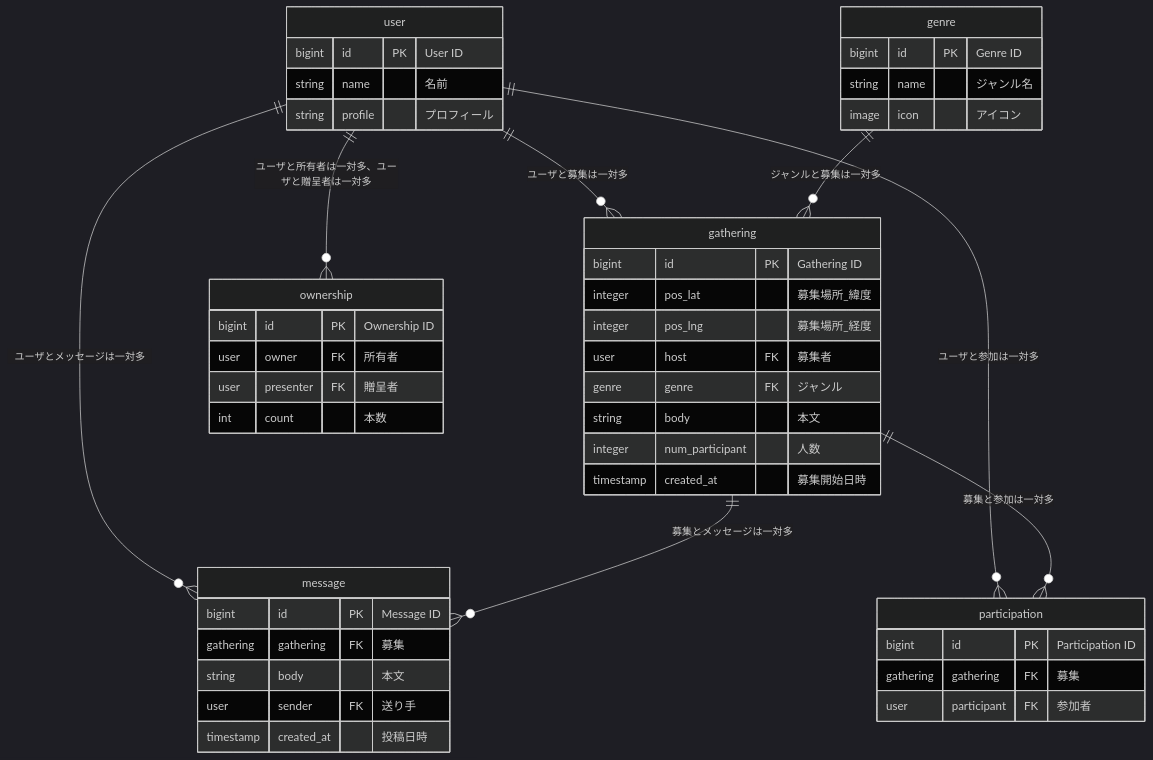
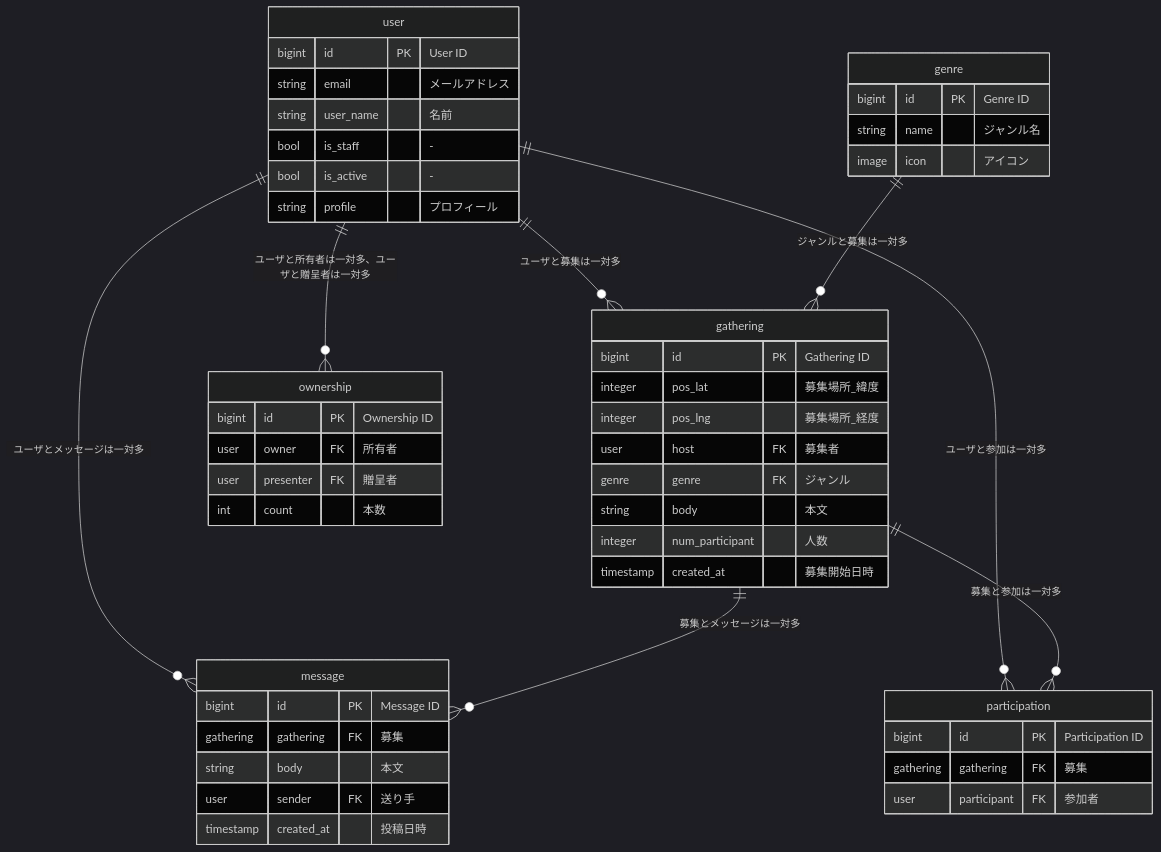
One commit to team-yurubo/yuruboo changed the diagram in README.md. Above: the diagram before and after it, drawn with Mermaid (dark theme).

Commit message:
Update README.md
Userモデルの定義をコードに合わせた

````diff
--- a/README.md
+++ b/README.md
@@ -5,54 +5,57 @@
 ```mermaid
 erDiagram
   user ||--o{ gathering : "ユーザと募集は一対多"
   user ||--o{ message : "ユーザとメッセージは一対多"
   user ||--o{ participation : "ユーザと参加は一対多"
   user ||--o{ ownership : "ユーザと所有者は一対多、ユーザと贈呈者は一対多"
   genre ||--o{ gathering : "ジャンルと募集は一対多"
   gathering ||--o{ message : "募集とメッセージは一対多"
   gathering ||--o{ participation : "募集と参加は一対多"
   
   user {
     bigint id PK "User ID"
-    string name "名前"
+    string email "メールアドレス"
+    string user_name "名前"
+    bool is_staff "-"
+    bool is_active "-"
     string profile "プロフィール"
   }
 
   genre {
     bigint id PK "Genre ID"
     string name "ジャンル名"
     image icon "アイコン"
   }
 
   gathering {
     bigint id PK "Gathering ID"
     integer pos_lat "募集場所_緯度"
     integer pos_lng "募集場所_経度"
     user host FK "募集者"
     genre genre FK "ジャンル"
     string body "本文"
     integer num_participant "人数"
     timestamp created_at "募集開始日時"
   }
 
   message {
     bigint id PK "Message ID"
     gathering gathering FK "募集"
     string body "本文"
     user sender FK "送り手"
     timestamp created_at "投稿日時"
   }
 
   participation {
     bigint id PK "Participation ID"
     gathering gathering FK "募集"
     user participant FK "参加者"
   }
 
   ownership {
     bigint id PK "Ownership ID"
     user owner FK "所有者"
     user presenter FK "贈呈者"
     int count "本数"
   }
 ```
````
